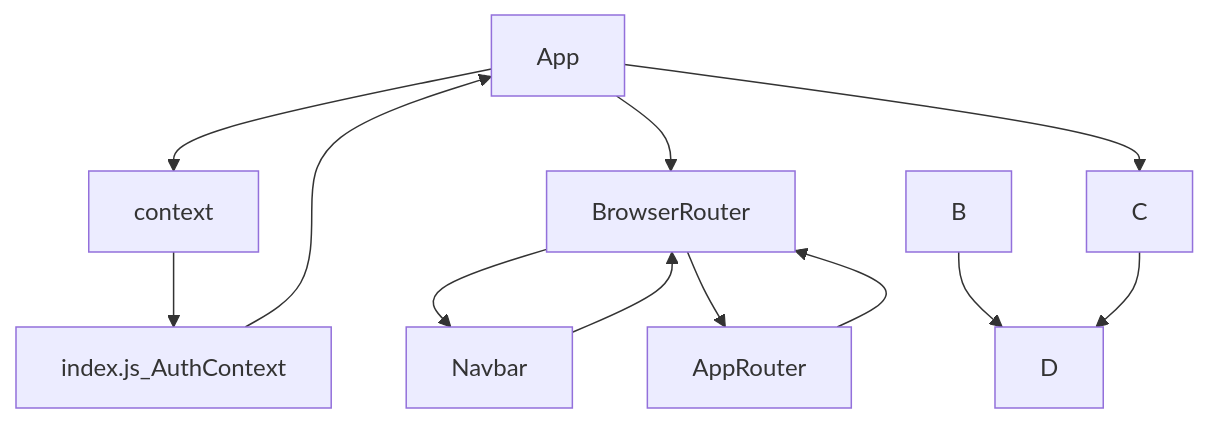
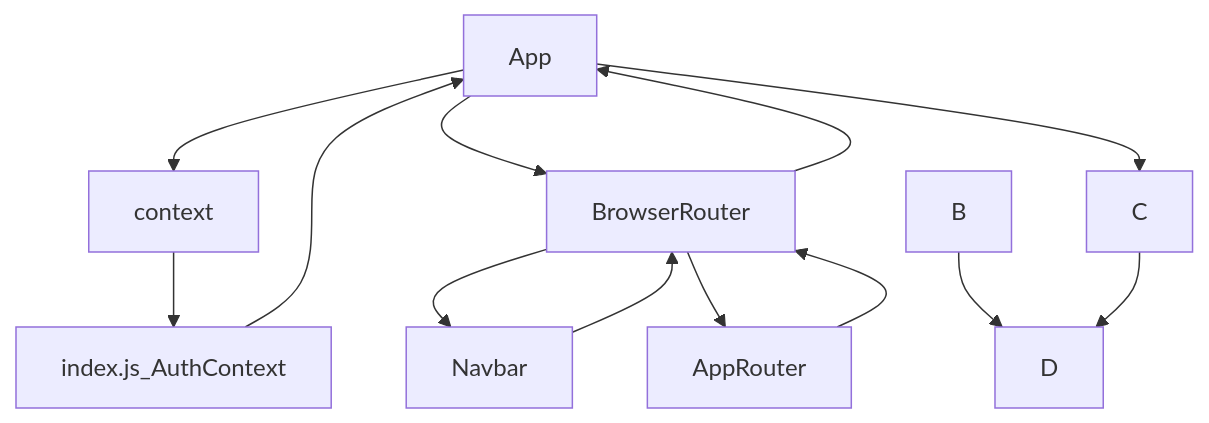
The diagram in README.md (Freeze35/test-react-project), drawn with Mermaid before and after one commit.

````diff
--- a/README.md
+++ b/README.md
@@ -112,11 +112,12 @@
 ```mermaid
 graph TD;
-    App-->context-->index.js_AuthContext-->App;
-    App-->BrowserRouter-->Navbar;
-    BrowserRouter-->AppRouter;
-    Navbar-->BrowserRouter;
-    AppRouter-->BrowserRouter;
-    App-->C;
-    B-->D;
-    C-->D;
+   App-->context-->index.js_AuthContext-->App;
+   App-->BrowserRouter-->Navbar;
+   BrowserRouter-->AppRouter;
+   Navbar-->BrowserRouter;
+   AppRouter-->BrowserRouter;
+   BrowserRouter-->App
+   App-->C;
+   B-->D;
+   C-->D;
 ```
````
